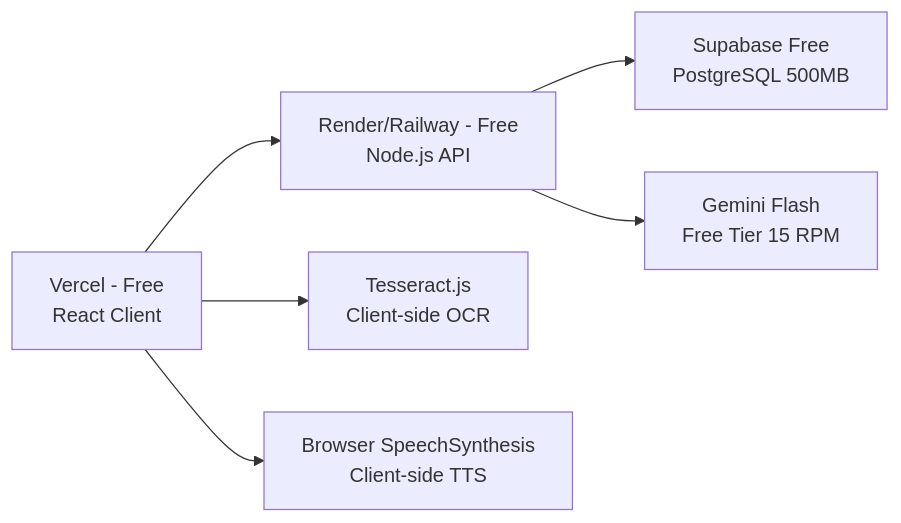
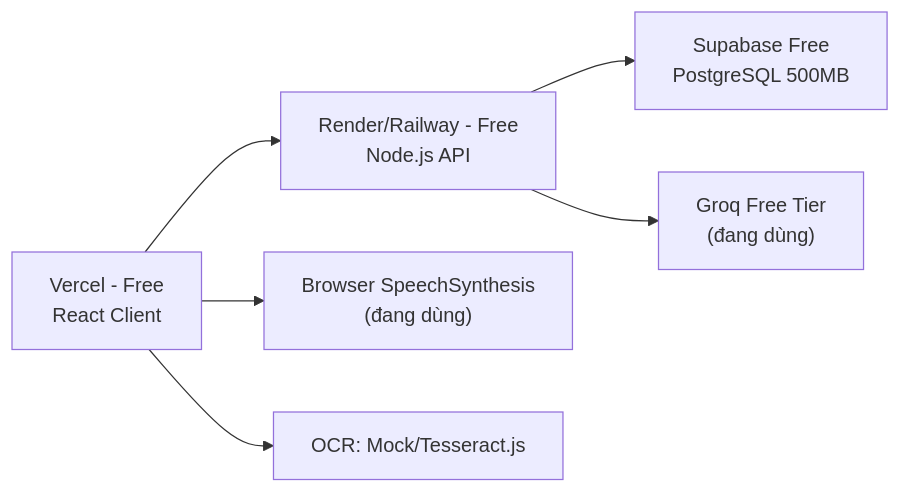
One commit to nbatho/study-chinese changed the first of 2 diagrams in docs/review_report.md. Above: the diagram before and after it, drawn with Mermaid. The commit also changed other lines of this file and 46 other files, not shown here.

````diff
--- a/docs/review_report.md
+++ b/docs/review_report.md
@@ -90,8 +115,8 @@
 ```mermaid
 graph LR
-    A[Vercel - Free<br>React Client] --> B[Render/Railway - Free<br>Node.js API]
-    B --> C[Supabase Free<br>PostgreSQL 500MB]
-    B --> D[Gemini Flash<br>Free Tier 15 RPM]
-    A --> E[Tesseract.js<br>Client-side OCR]
-    A --> F[Browser SpeechSynthesis<br>Client-side TTS]
+    A["Vercel - Free<br>React Client"] --> B["Render/Railway - Free<br>Node.js API"]
+    B --> C["Supabase Free<br>PostgreSQL 500MB"]
+    B --> D["Groq Free Tier<br>(đang dùng)"]
+    A --> E["Browser SpeechSynthesis<br>(đang dùng)"]
+    A --> F["OCR: Mock/Tesseract.js"]
 ```
````
